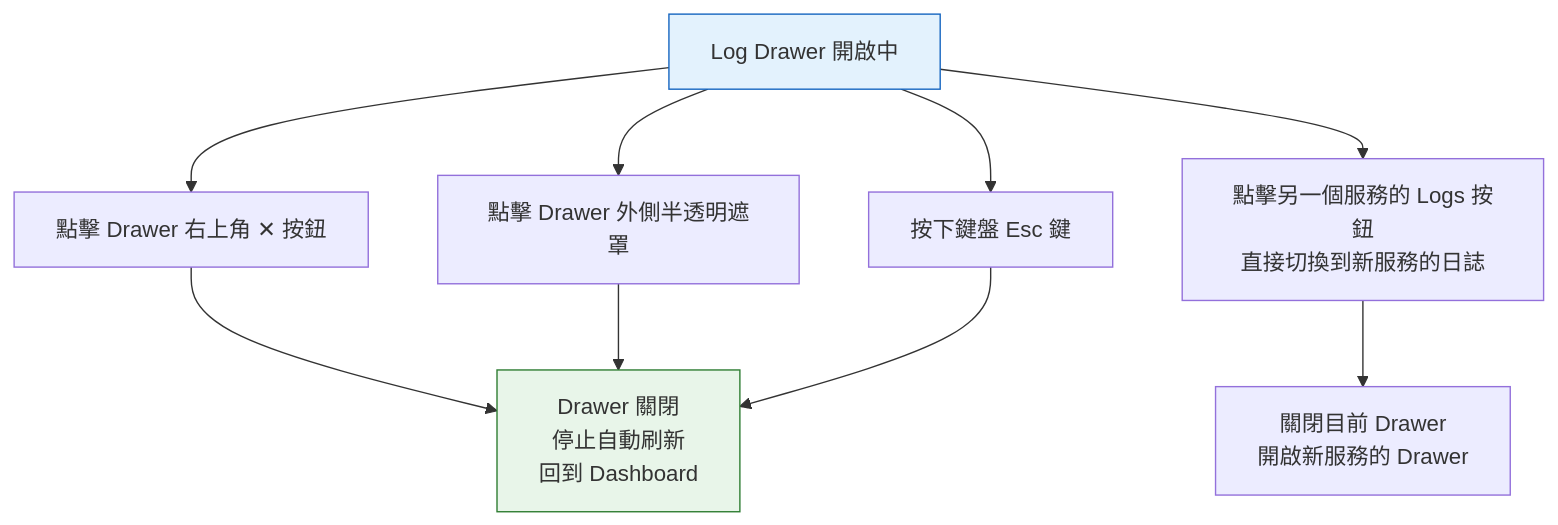
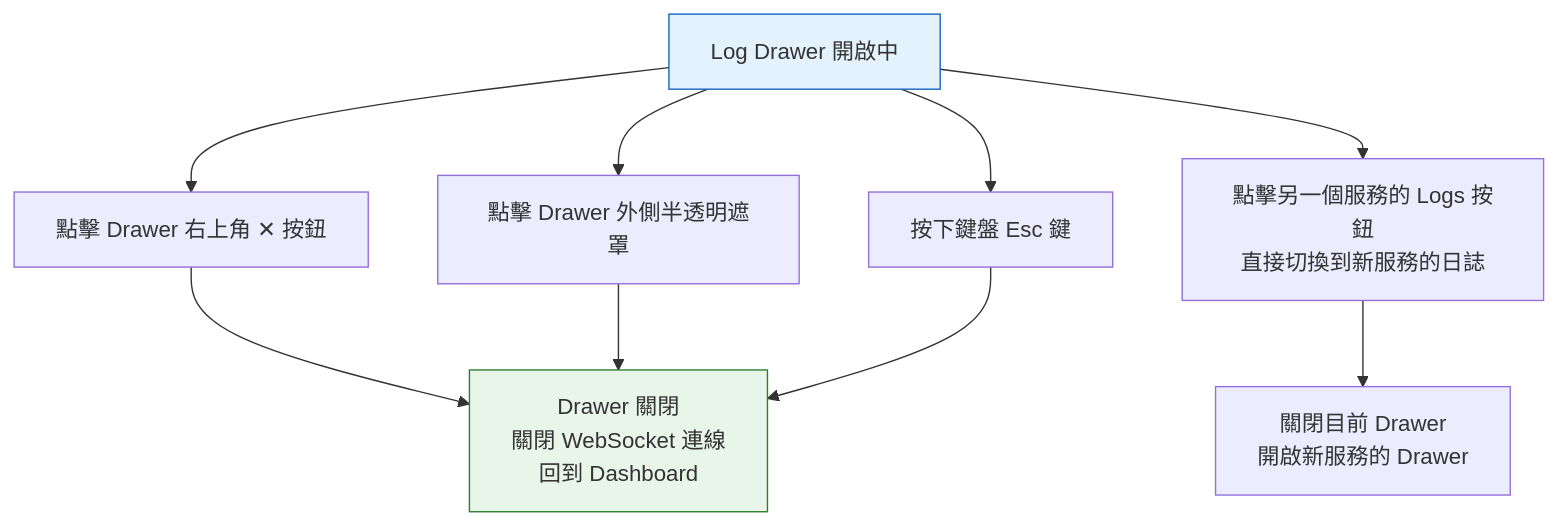
The second of 2 diagrams in docs/interaction-flows/005-journalctl-log-viewer.md (YuHaoLiaoSideProject/LinuxServiceManger), drawn with Mermaid before and after one commit. The commit also changed other lines of this file and 6 other files, not shown here.

````diff
--- a/docs/interaction-flows/005-journalctl-log-viewer.md
+++ b/docs/interaction-flows/005-journalctl-log-viewer.md
@@ -78,17 +85,17 @@
 ```mermaid
 flowchart TD
     Drawer[Log Drawer 開啟中]
     
     Drawer --> Close1[點擊 Drawer 右上角 ✕ 按鈕]
     Drawer --> Close2[點擊 Drawer 外側半透明遮罩]
     Drawer --> Close3[按下鍵盤 Esc 鍵]
     Drawer --> Close4[點擊另一個服務的 Logs 按鈕<br>直接切換到新服務的日誌]
     
-    Close1 --> Closed[Drawer 關閉<br>停止自動刷新<br>回到 Dashboard]
+    Close1 --> Closed[Drawer 關閉<br>關閉 WebSocket 連線<br>回到 Dashboard]
     Close2 --> Closed
     Close3 --> Closed
     Close4 --> NewDrawer[關閉目前 Drawer<br>開啟新服務的 Drawer]
 
     style Drawer fill:#e3f2fd,stroke:#1565c0
     style Closed fill:#e8f5e9,stroke:#2e7d32
 ```
````
